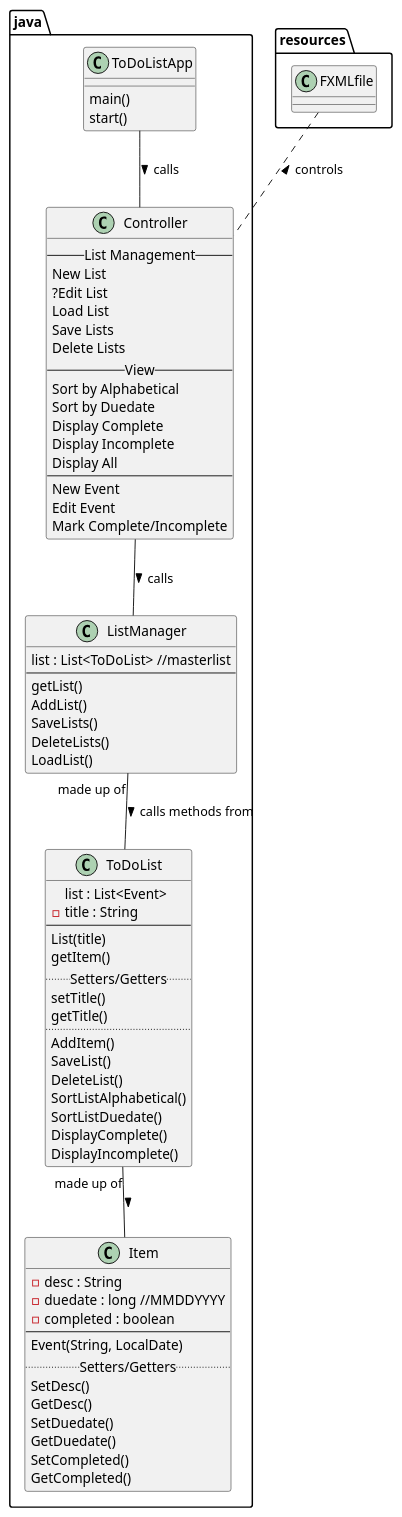
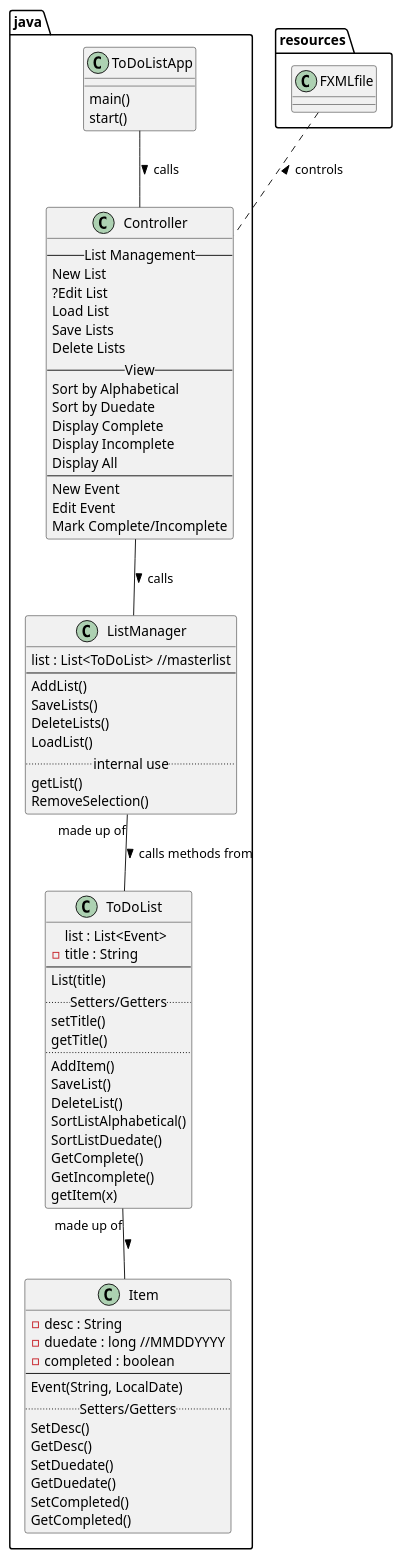
One commit to kiwibrie/juntunen-cop3330-assignment4part2 changed the diagram in uml/ListManager.puml. Above: the diagram before and after it, drawn with PlantUML. The commit also changed 2 other files, not shown here.

```diff
--- a/uml/ListManager.puml
+++ b/uml/ListManager.puml
@@ -1,80 +1,82 @@
 @startuml
 'https://plantuml.com/class-diagram
 
 class java.ListManager{
 list : List<ToDoList> //masterlist
 --
-getList()
 AddList()
 SaveLists()
 DeleteLists()
 LoadList()
+..internal use..
+getList()
+RemoveSelection()
 }
 
 class java.ToDoList {
 list : List<Event>
 -title : String
 --
 List(title)
-getItem()
 ..Setters/Getters..
 setTitle()
 getTitle()
 ..
 AddItem()
 SaveList()
 DeleteList()
 SortListAlphabetical()
 SortListDuedate()
-DisplayComplete()
-DisplayIncomplete()
+GetComplete()
+GetIncomplete()
+getItem(x)
 }
 
 class java.Item {
 -desc : String
 -duedate : long //MMDDYYYY
 -completed : boolean
 --
 Event(String, LocalDate)
 ..Setters/Getters..
 SetDesc()
 GetDesc()
 SetDuedate()
 GetDuedate()
 SetCompleted()
 GetCompleted()
 }
 
 java.ToDoList "made up of" -- java.Item : >
 java.ListManager "made up of" -- java.ToDoList : > calls methods from
 
 java.ToDoListApp -- java.Controller : > calls
 resources.FXMLfile .. java.Controller : < controls
 java.Controller -- java.ListManager : > calls
 
 
 class java.Controller{
 --List Management--
 New List
 ?Edit List
 Load List
 Save Lists
 Delete Lists
 --View--
 Sort by Alphabetical
 Sort by Duedate
 Display Complete
 Display Incomplete
 Display All
 --
 New Event
 Edit Event
 Mark Complete/Incomplete
 }
 
 class java.ToDoListApp{
 main()
 start()
 }
 
 @enduml
```
